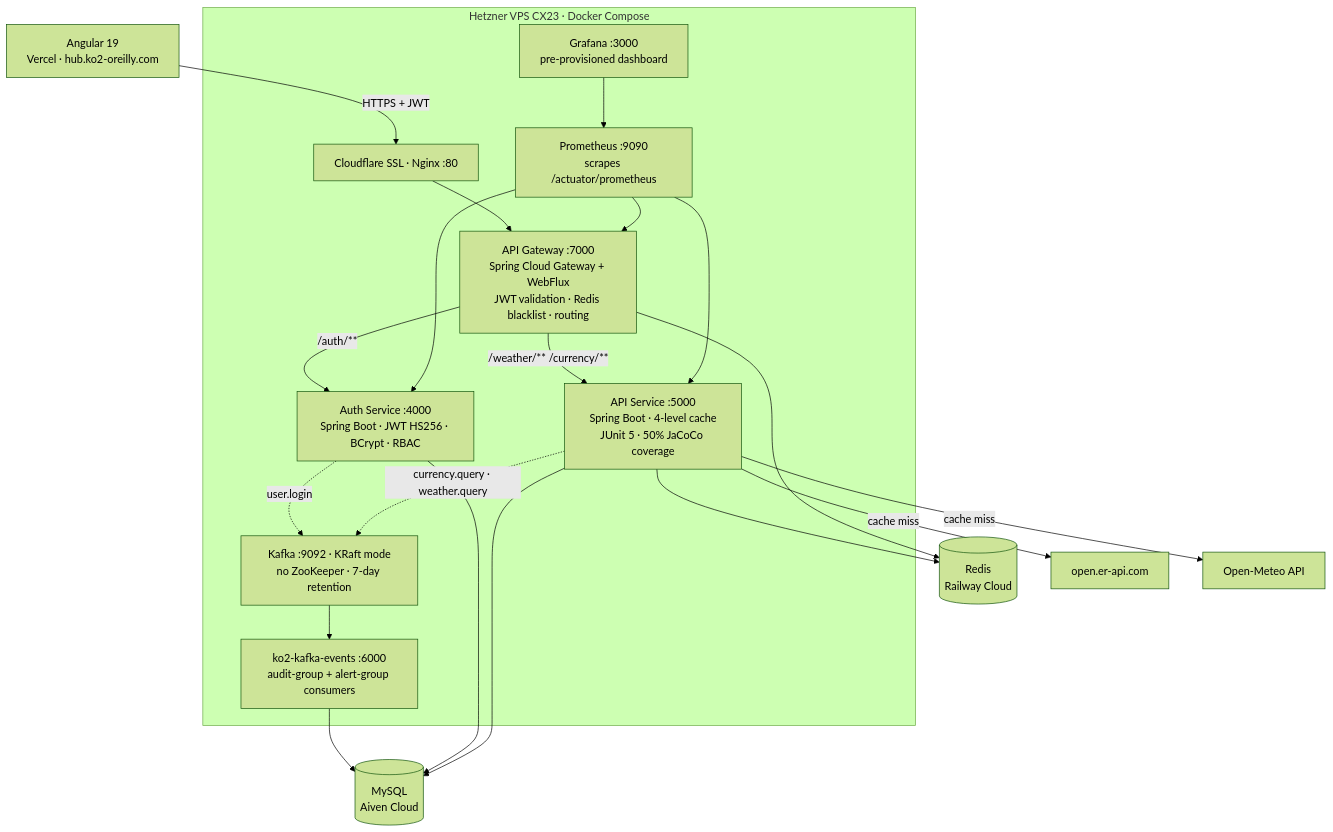
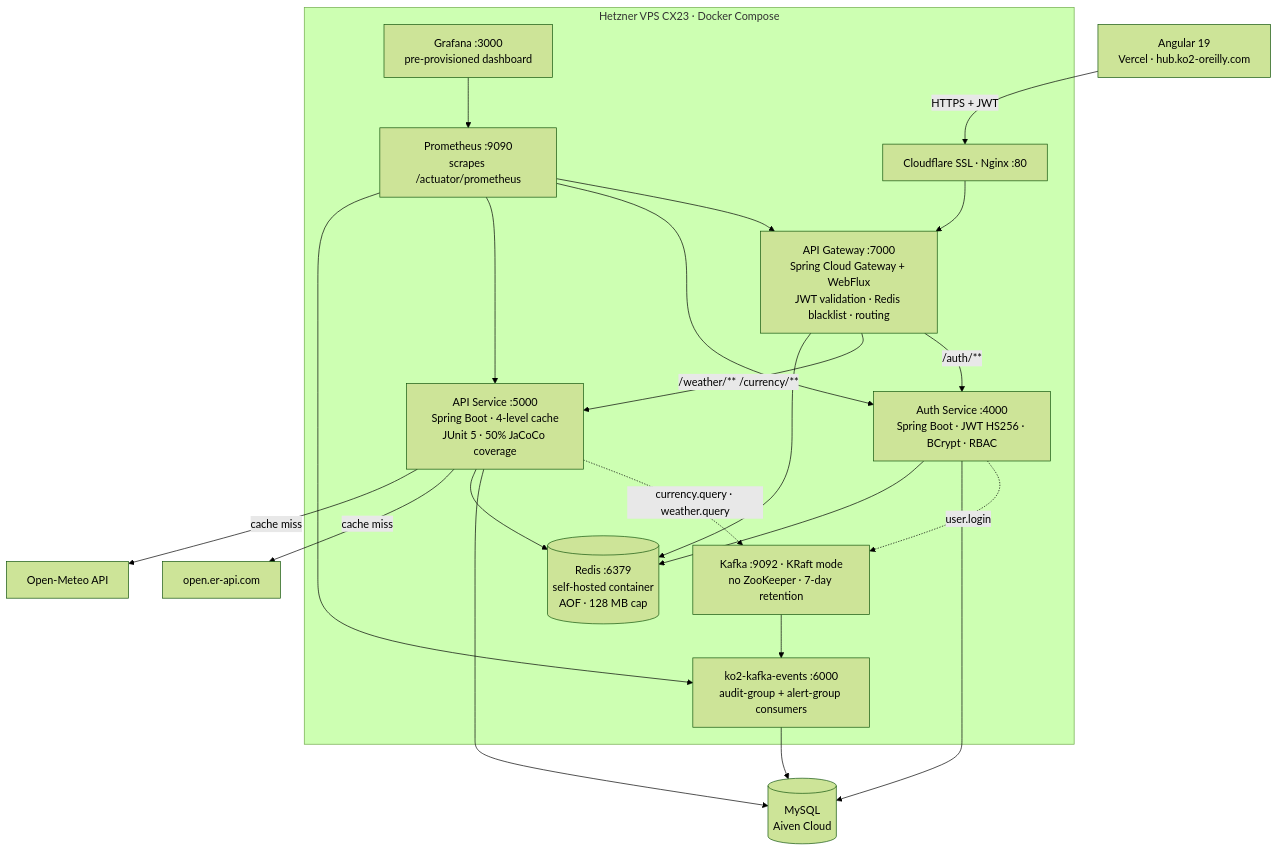
One commit to ko2javier/server-infrastructure changed the diagram in README.md. Above: the diagram before and after it, drawn with Mermaid (forest theme). The commit also changed other lines of this file and 3 other files, not shown here.

First line of the commit message:
Self-host Redis and scrape ko2-kafka-events

````diff
--- a/README.md
+++ b/README.md
@@ -20,28 +20,31 @@
 ```mermaid
 graph TD
     A["Angular 19<br/>Vercel · hub.ko2-oreilly.com"] -->|"HTTPS + JWT"| CF
 
     subgraph VPS ["Hetzner VPS CX23 · Docker Compose"]
         CF["Cloudflare SSL · Nginx :80"] --> GW
         GW["API Gateway :7000<br/>Spring Cloud Gateway + WebFlux<br/>JWT validation · Redis blacklist · routing"]
         GW -->|"/auth/**"| AUTH["Auth Service :4000<br/>Spring Boot · JWT HS256 · BCrypt · RBAC"]
         GW -->|"/weather/** /currency/**"| API["API Service :5000<br/>Spring Boot · 4-level cache<br/>JUnit 5 · 50% JaCoCo coverage"]
         AUTH -.->|"user.login"| KFK
         API -.->|"currency.query · weather.query"| KFK
         KFK["Kafka :9092 · KRaft mode<br/>no ZooKeeper · 7-day retention"]
         KFK --> EVT["ko2-kafka-events :6000<br/>audit-group + alert-group consumers"]
         PROM["Prometheus :9090<br/>scrapes /actuator/prometheus"] --> GW
         PROM --> AUTH
         PROM --> API
         GRAF["Grafana :3000<br/>pre-provisioned dashboard"] --> PROM
+        PROM --> EVT
+        RD[("Redis :6379<br/>self-hosted container<br/>AOF · 128 MB cap")]
     end
 
     EVT --> DB
 
     AUTH --> DB[("MySQL<br/>Aiven Cloud")]
     API --> DB
-    API --> RD[("Redis<br/>Railway Cloud")]
+    AUTH --> RD
+    API --> RD
     GW --> RD
     API -->|"cache miss"| ER["open.er-api.com"]
     API -->|"cache miss"| OM["Open-Meteo API"]
 ```
````
